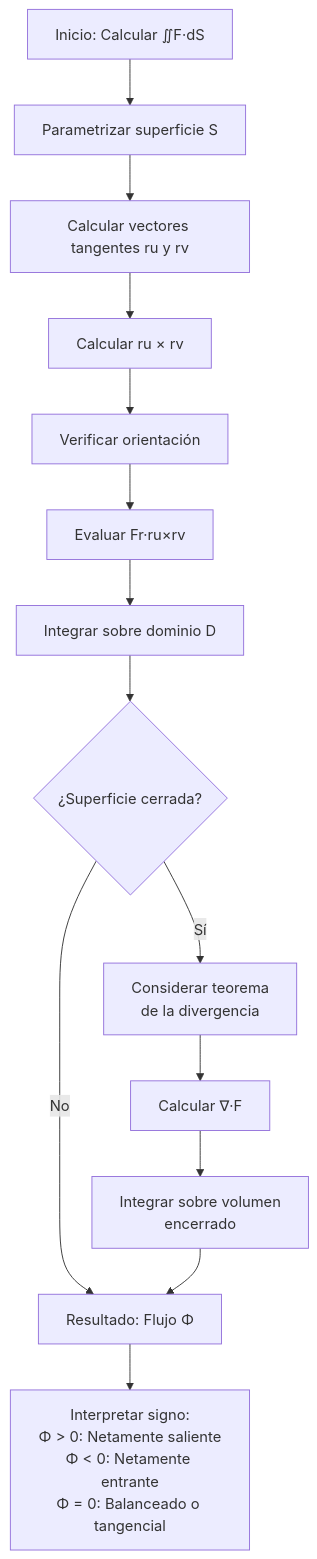
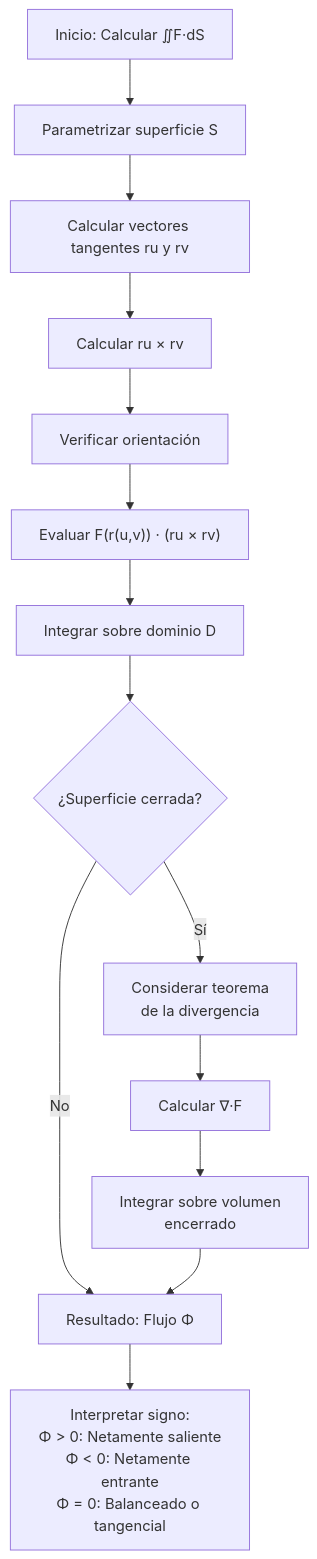
One commit to djaimej/computer-science-template changed the second of 2 diagrams in public/documents/semester-3/2/3237.md. Above: the diagram before and after it, drawn with Mermaid. The commit also changed other lines of this file and 21 other files, not shown here.

````diff
--- a/public/documents/semester-3/2/3237.md
+++ b/public/documents/semester-3/2/3237.md
@@ -237,20 +249,20 @@
 ```mermaid
 flowchart TD
     Start[Inicio: Calcular ∬F·dS] --> Param[Parametrizar superficie S]
     Param --> Tangentes[Calcular vectores tangentes ru y rv]
     Tangentes --> Cross[Calcular ru × rv]
     Cross --> Orient[Verificar orientación]
 
-    Orient --> Eval[Evaluar Fr·ru×rv]
+    Orient --> Eval["Evaluar F(r(u,v)) · (ru × rv)"]
     Eval --> Integrate[Integrar sobre dominio D]
     Integrate --> Check{¿Superficie cerrada?}
 
     Check -->|Sí| Divergence[Considerar teorema<br>de la divergencia]
     Check -->|No| Result[Resultado: Flujo Φ]
 
     Divergence --> CalcDiv[Calcular ∇·F]
     CalcDiv --> VolumeInt[Integrar sobre volumen<br>encerrado]
     VolumeInt --> Result
 
     Result --> Interpret[Interpretar signo:<br>Φ > 0: Netamente saliente<br>Φ < 0: Netamente entrante<br>Φ = 0: Balanceado o tangencial]
 ```
````
